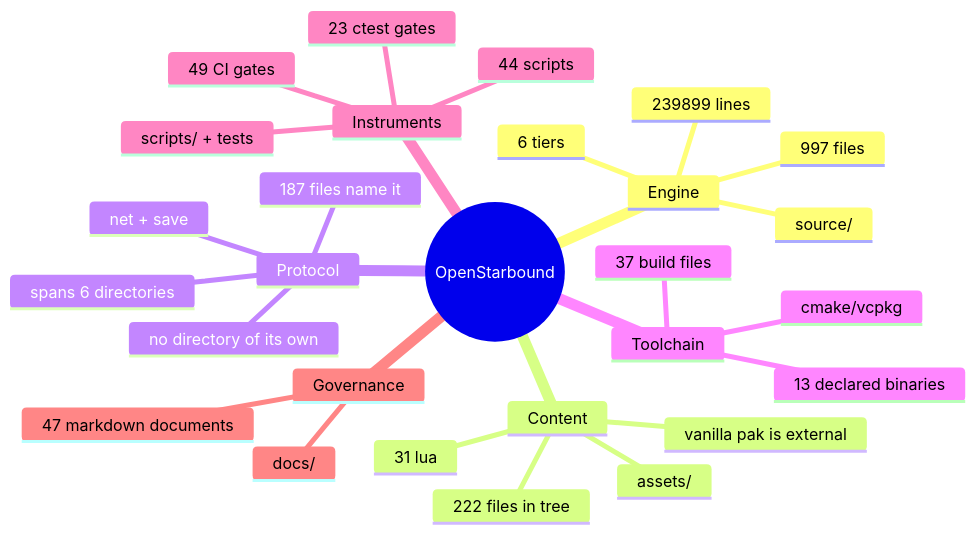
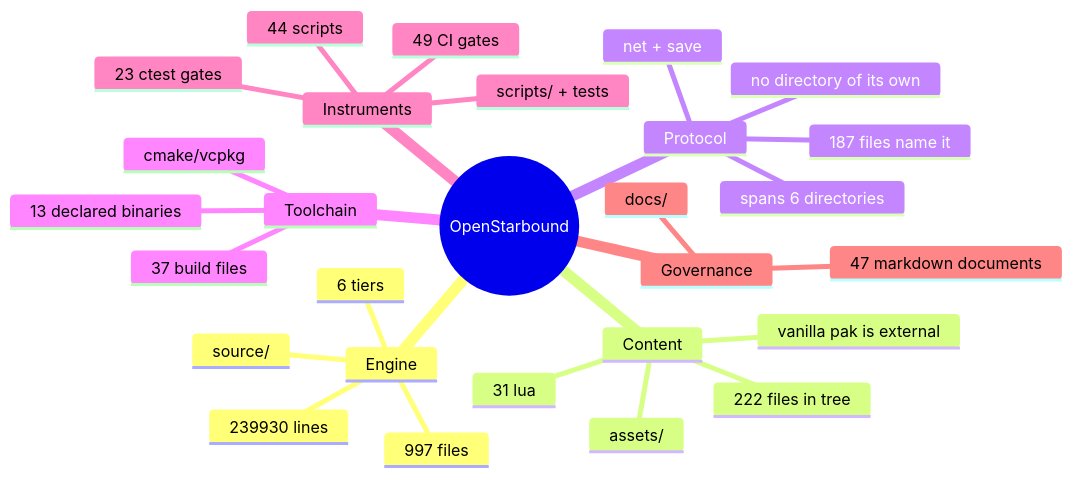
Before and after one commit to apnex/OpenStarbound: the second of 11 diagrams in docs/architecture/system-boundaries.md, drawn with Mermaid. The commit also changed other lines of this file and 6 other files, not shown here.

````diff
--- a/docs/architecture/system-boundaries.md
+++ b/docs/architecture/system-boundaries.md
@@ -166,31 +166,31 @@
 ```mermaid
 mindmap
   root((OpenStarbound))
     Engine
       source/
       997 files
-      239899 lines
+      239930 lines
       6 tiers
     Content
       assets/
       222 files in tree
       31 lua
       vanilla pak is external
     Protocol
       net + save
       187 files name it
       spans 6 directories
       no directory of its own
     Toolchain
       cmake/vcpkg
       37 build files
       13 declared binaries
     Instruments
       scripts/ + tests
       44 scripts
       23 ctest gates
       49 CI gates
     Governance
       docs/
       47 markdown documents
 ```
````
